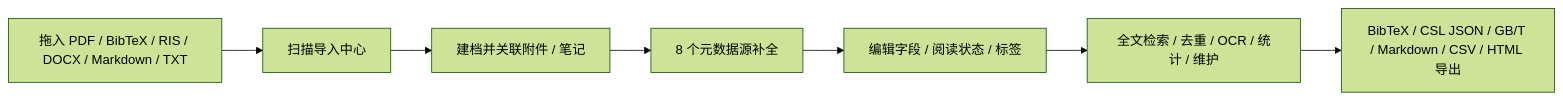
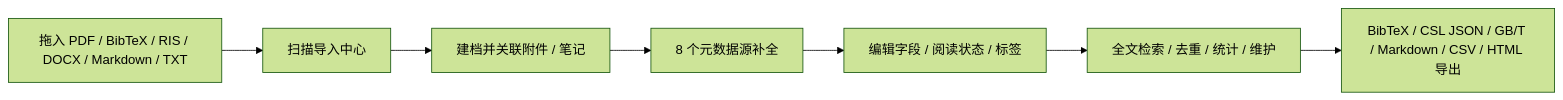
Before and after one commit to Dongyurocket/literature-management-tool: the first of 2 diagrams in README.md, drawn with Mermaid (forest theme). The commit also changed other lines of this file and 15 other files, not shown here.

````diff
--- a/README.md
+++ b/README.md
@@ -72,9 +72,9 @@
 ```mermaid
 flowchart LR
     A["拖入 PDF / BibTeX / RIS / DOCX / Markdown / TXT"] --> B["扫描导入中心"]
     B --> C["建档并关联附件 / 笔记"]
     C --> D["8 个元数据源补全"]
     D --> E["编辑字段 / 阅读状态 / 标签"]
-    E --> F["全文检索 / 去重 / OCR / 统计 / 维护"]
+    E --> F["全文检索 / 去重 / 统计 / 维护"]
     F --> G["BibTeX / CSL JSON / GB/T / Markdown / CSV / HTML 导出"]
 ```
````
